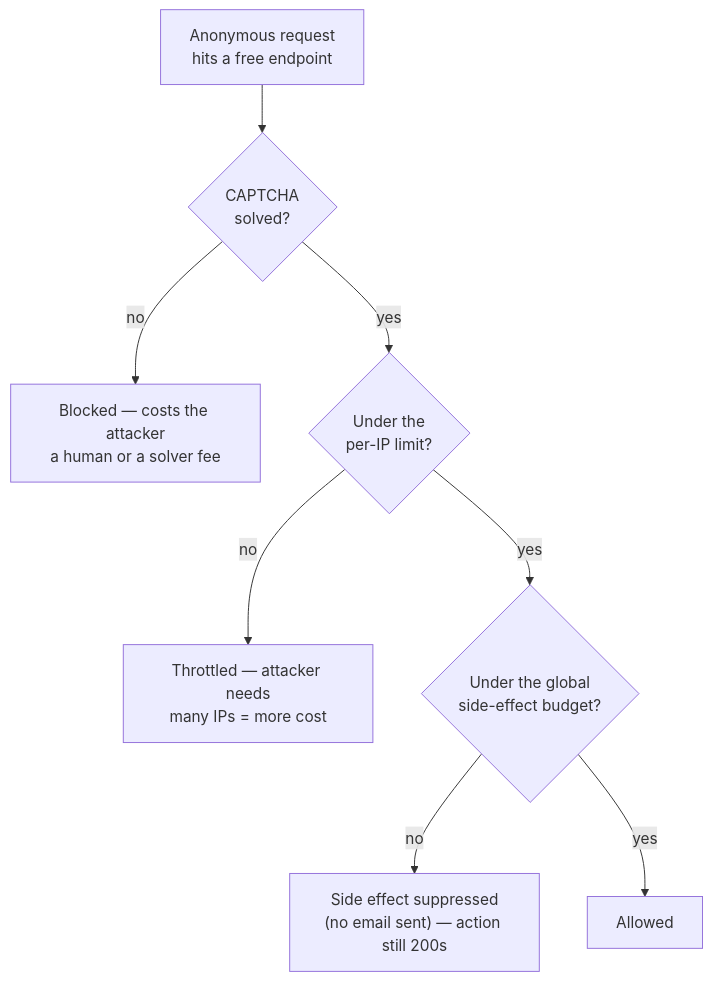
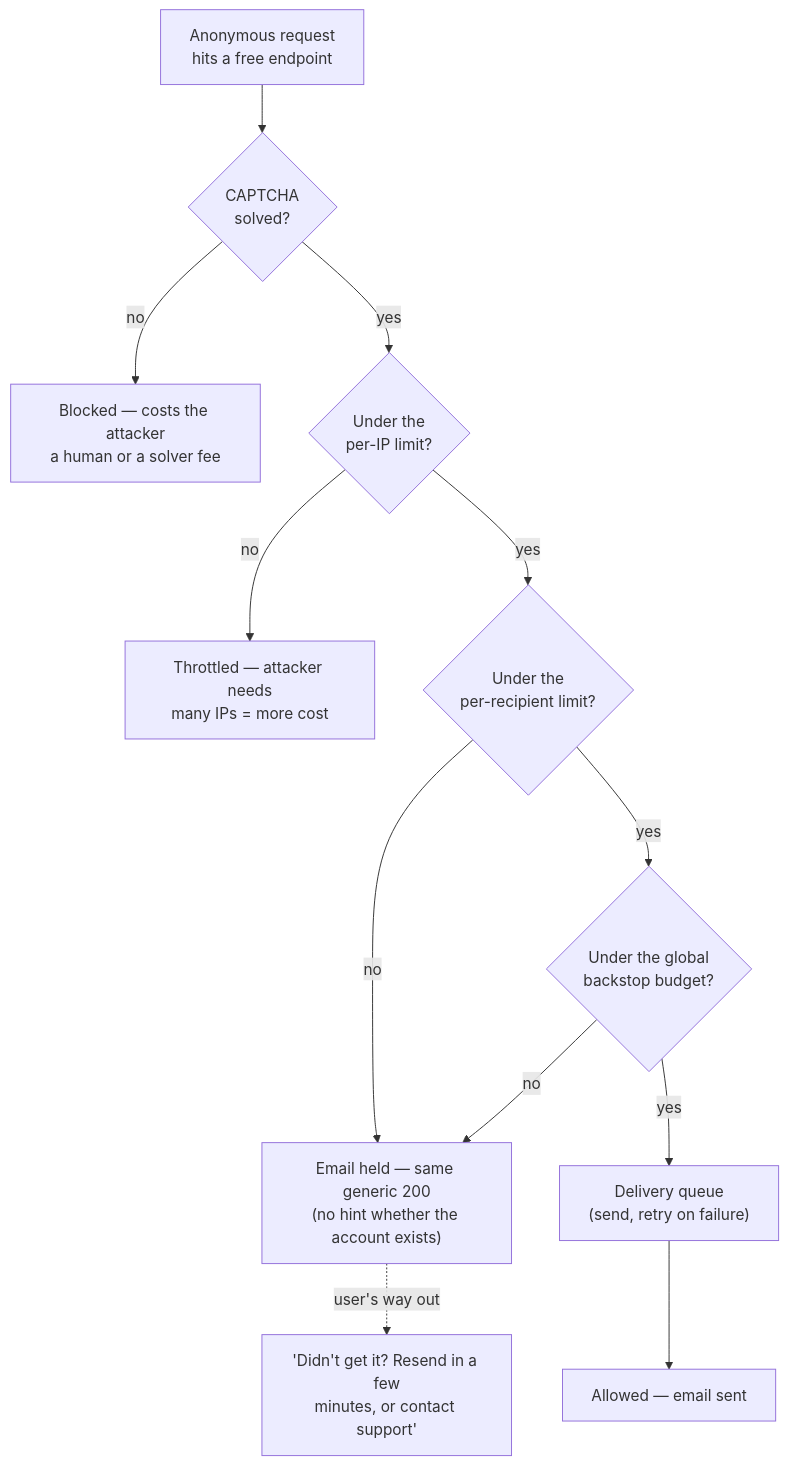
One commit to Tamoura/system-design-for-vibe-coders changed the first of 7 diagrams in modules/05-users-abuse/module.md. Above: the diagram before and after it, drawn with Mermaid. The commit also changed other lines of this file and 433 other files, not shown here.

````diff
--- a/modules/05-users-abuse/module.md
+++ b/modules/05-users-abuse/module.md
@@ -52,10 +54,14 @@
 ```mermaid
 flowchart TD
     A["Anonymous request<br/>hits a free endpoint"] --> B{"CAPTCHA<br/>solved?"}
     B -->|no| X["Blocked — costs the attacker<br/>a human or a solver fee"]
     B -->|yes| C{"Under the<br/>per-IP limit?"}
     C -->|no| X2["Throttled — attacker needs<br/>many IPs = more cost"]
-    C -->|yes| D{"Under the global<br/>side-effect budget?"}
-    D -->|no| X3["Side effect suppressed<br/>(no email sent) — action still 200s"]
-    D -->|yes| E["Allowed"]
+    C -->|yes| R{"Under the<br/>per-recipient limit?"}
+    R -->|no| H["Email held — same generic 200<br/>(no hint whether the account exists)"]
+    R -->|yes| D{"Under the global<br/>backstop budget?"}
+    D -->|no| H
+    D -->|yes| Q["Delivery queue<br/>(send, retry on failure)"]
+    Q --> E["Allowed — email sent"]
+    H -.->|"user's way out"| U["'Didn't get it? Resend in a few<br/>minutes, or contact support'"]
 ```
````
